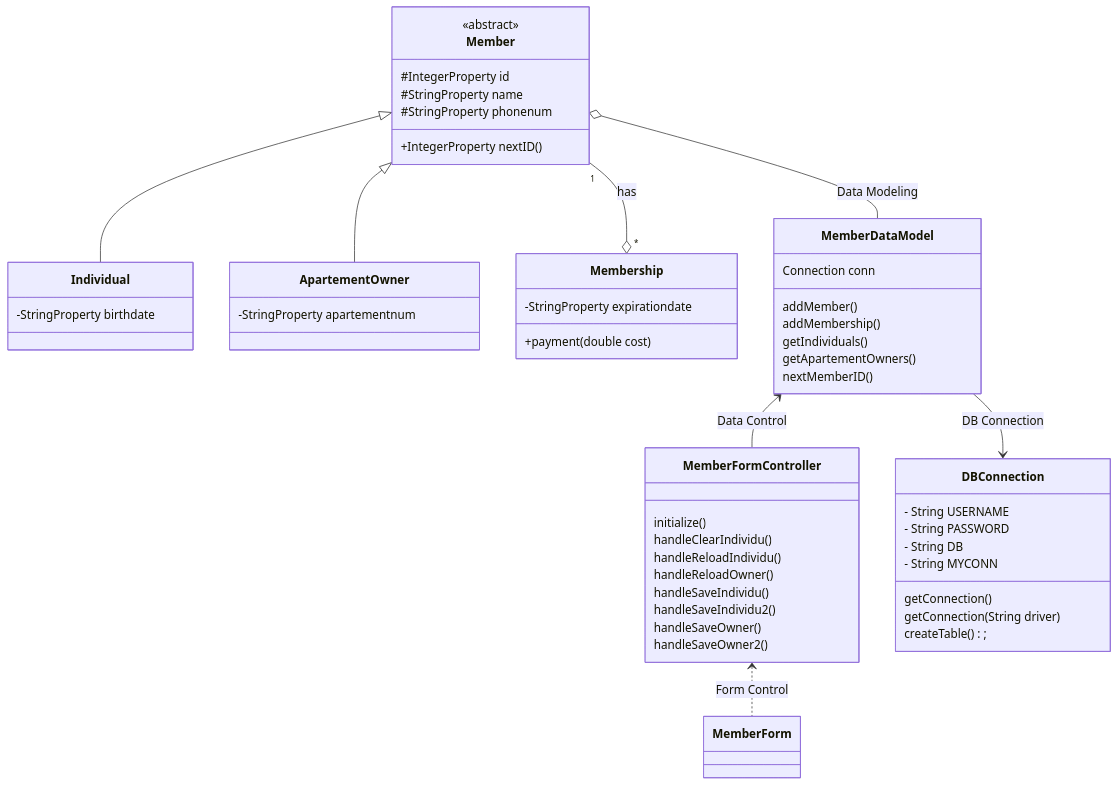
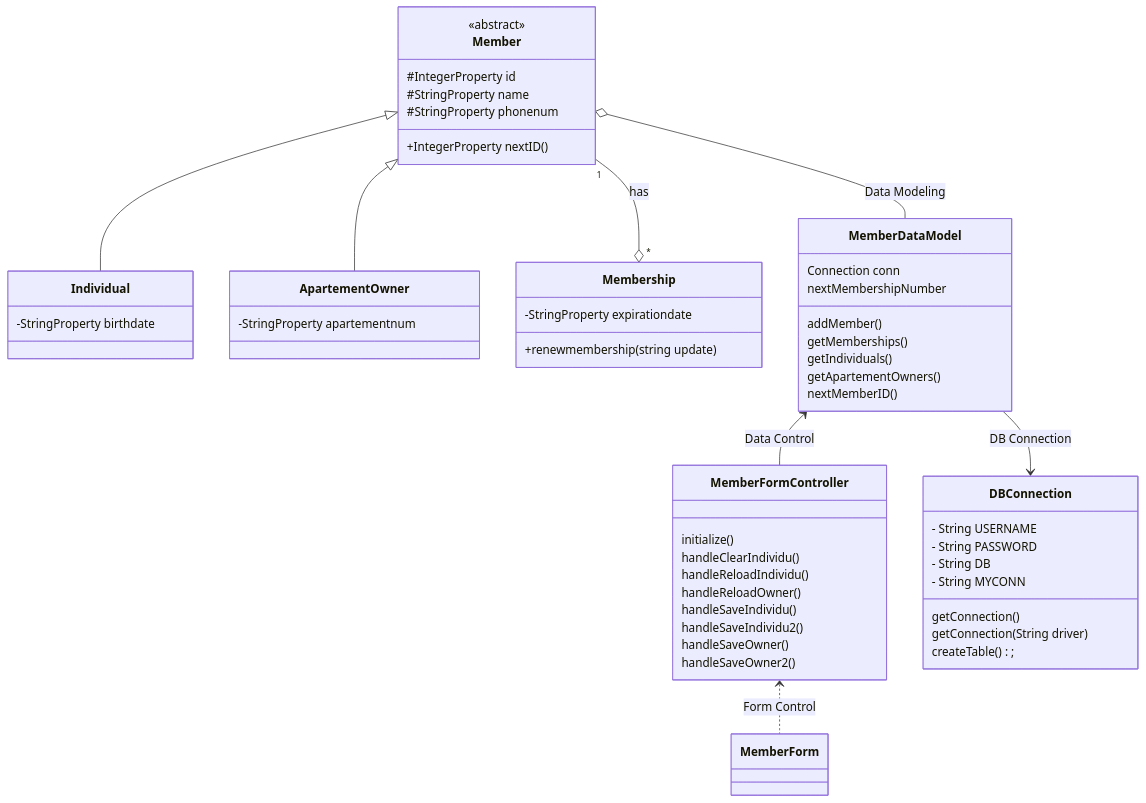
One commit to deana00/MemberAccountApp changed the third of 3 diagrams in README.md. Above: the diagram before and after it, drawn with Mermaid.

````diff
--- a/README.md
+++ b/README.md
@@ -48,61 +48,62 @@
 ```mermaid
 classDiagram
     Member <|-- Individual
     Member <|-- ApartementOwner
     Member "1"--o"*" Membership : has
     Member o-- MemberDataModel : Data Modeling
     MemberDataModel <-- MemberFormController : Data Control
     MemberDataModel --> DBConnection : DB Connection
     MemberFormController <.. MemberForm : Form Control      
 
     class Member{
       <<abstract>>
       #IntegerProperty id
       #StringProperty name
       #StringProperty phonenum
       
       +IntegerProperty nextID()
     }
     
     class Individual{
       -StringProperty birthdate
     }
     class ApartementOwner{
       -StringProperty apartementnum
     }
     class Membership{
       -StringProperty expirationdate
-      +payment(double cost)
+      +renewmembership(string update)
     }
 
     class MemberDataModel{
         Connection conn
         addMember()
-        addMembership()
+        getMemberships()
         getIndividuals()
         getApartementOwners()
         nextMemberID()
+        nextMembershipNumber
     }
 
     class MemberFormController{
         initialize()
         handleClearIndividu()
         handleReloadIndividu()
         handleReloadOwner()
         handleSaveIndividu()
         handleSaveIndividu2()
         handleSaveOwner()
         handleSaveOwner2()
 
     }
     class DBConnection{
         - String USERNAME
         - String PASSWORD
         - String DB
         - String MYCONN
         getConnection()
         getConnection(String driver)
         createTable();
     }
             
 ```
````
